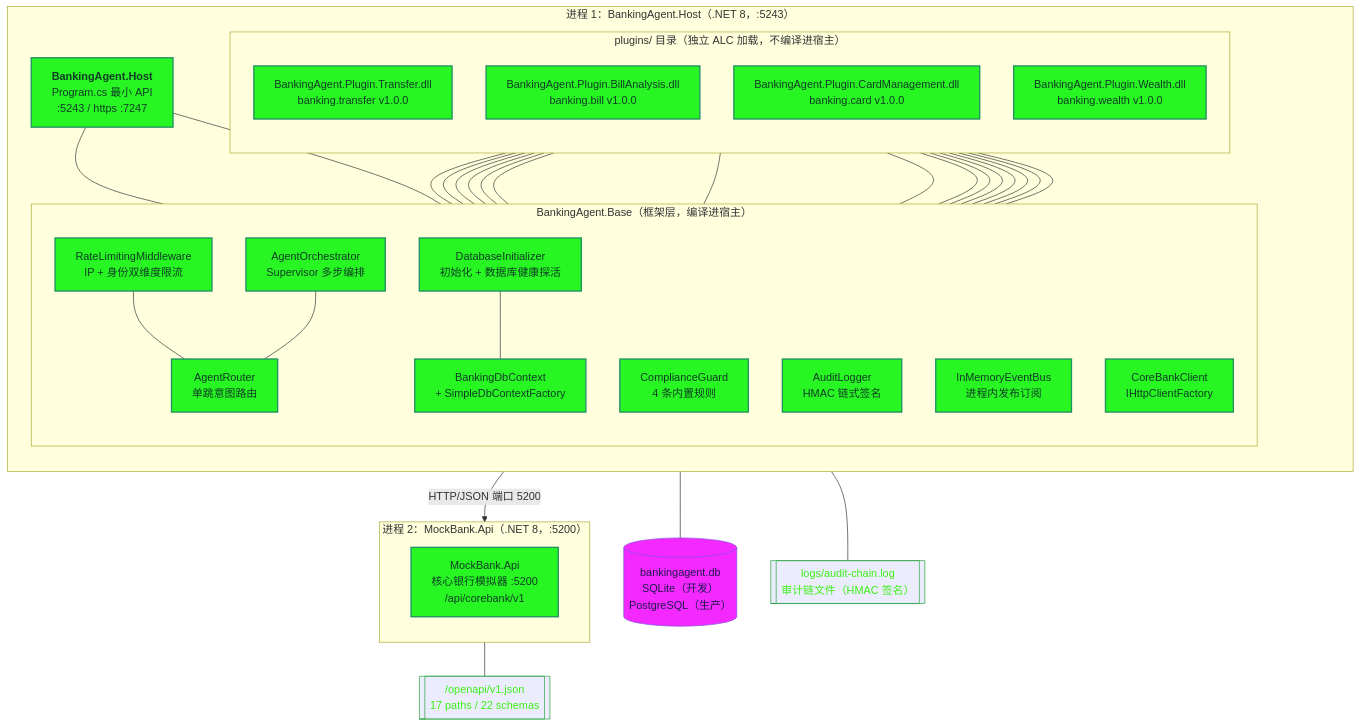
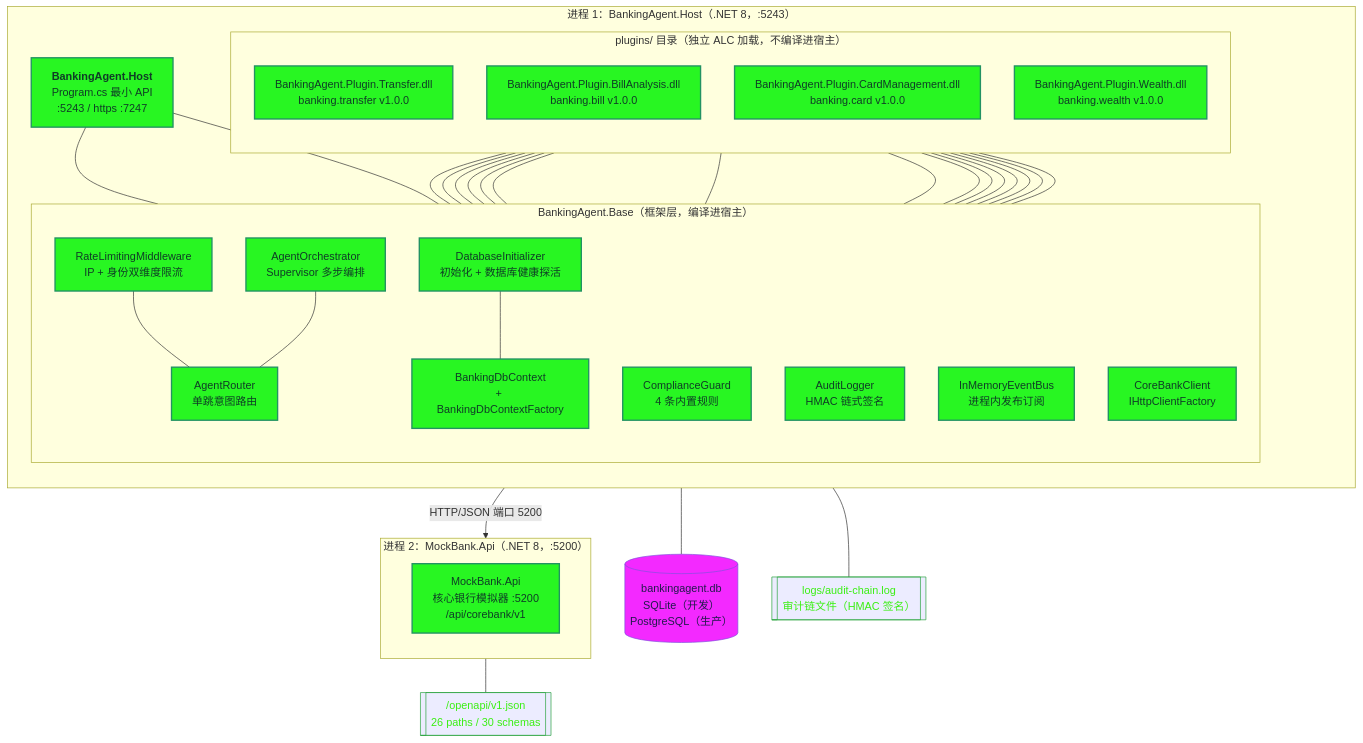
Before and after one commit to seevwis43825/ATM: the second of 12 diagrams in docs/09-uml/01-uml-diagrams.md, drawn with Mermaid. The commit also changed other lines of this file and 111 other files, not shown here.

````diff
--- a/docs/09-uml/01-uml-diagrams.md
+++ b/docs/09-uml/01-uml-diagrams.md
@@ -124,65 +124,65 @@
 ```mermaid
 flowchart TB
     classDef proc fill:#28F622,stroke:#229263,stroke-width:2px,color:#0F3D26
     classDef data fill:#F329FF,stroke:#8250DF,stroke-width:1px,color:#221A4D
     classDef ext fill:##EAFEFF,stroke:#4A7DD6,stroke-width:1px,color:#12284D
     classDef fs fill:##FFF4E5,stroke:#28A33D,stroke-width:1px,color:#3BEF14
 
     subgraph P1["进程 1：BankingAgent.Host（.NET 8，:5243）"]
         direction TB
         HOST["<b>BankingAgent.Host</b><br/>Program.cs 最小 API<br/>:5243 / https :7247"]:::proc
         subgraph CORE["BankingAgent.Base（框架层，编译进宿主）"]
             direction TB
             RATE["RateLimitingMiddleware<br/>IP + 身份双维度限流"]:::proc
             ROUTER["AgentRouter<br/>单跳意图路由"]:::proc
             ORCH["AgentOrchestrator<br/>Supervisor 多步编排"]:::proc
             GUARD["ComplianceGuard<br/>4 条内置规则"]:::proc
             AUDIT["AuditLogger<br/>HMAC 链式签名"]:::proc
             BUS["InMemoryEventBus<br/>进程内发布订阅"]:::proc
-            DBC["BankingDbContext<br/>+ SimpleDbContextFactory"]:::proc
+            DBC["BankingDbContext<br/>+ BankingDbContextFactory"]:::proc
             DBINIT["DatabaseInitializer<br/>初始化 + 数据库健康探活"]:::proc
             CBB["CoreBankClient<br/>IHttpClientFactory"]:::proc
         end
         subgraph PLUGDIR["plugins/ 目录（独立 ALC 加载，不编译进宿主）"]
             direction TB
             P_TR["BankingAgent.Plugin.Transfer.dll<br/>banking.transfer v1.0.0"]:::proc
             P_BL["BankingAgent.Plugin.BillAnalysis.dll<br/>banking.bill v1.0.0"]:::proc
             P_CD["BankingAgent.Plugin.CardManagement.dll<br/>banking.card v1.0.0"]:::proc
             P_WL["BankingAgent.Plugin.Wealth.dll<br/>banking.wealth v1.0.0"]:::proc
         end
     end
 
     subgraph PE["进程 2：MockBank.Api（.NET 8，:5200）"]
         direction TB
         MOCK["MockBank.Api<br/>核心银行模拟器 :5200<br/>/api/corebank/v1"]:::proc
     end
 
     DB[("bankingagent.db<br/>SQLite（开发）<br/>PostgreSQL（生产）")]:::data
     LOGS[["logs/audit-chain.log<br/>审计链文件（HMAC 签名）"]]:::fs
-    OPENAPI[["/openapi/v1.json<br/>17 paths / 22 schemas"]]:::fs
+    OPENAPI[["/openapi/v1.json<br/>26 paths / 30 schemas"]]:::fs
 
     HOST --- RATE
     RATE --- ROUTER
     HOST --- ORCH
     ROUTER --- P_TR
     ROUTER --- P_BL
     ROUTER --- P_CD
     ROUTER --- P_WL
     ORCH --- ROUTER
     P_TR --- GUARD
     P_TR --- CBB
     P_CD --- GUARD
     P_CD --- CBB
     P_BL --- CBB
     P_TR --- DBC
     P_TR --- BUS
     P_BL --- BUS
     P_TR --- AUDIT
     P_BL --- AUDIT
     P_CD --- AUDIT
     DBINIT --- DBC
     DBC --- DB
     AUDIT --- LOGS
     CBB -->|"HTTP/JSON 端口 5200"| MOCK
     MOCK --- OPENAPI
 ```
````
